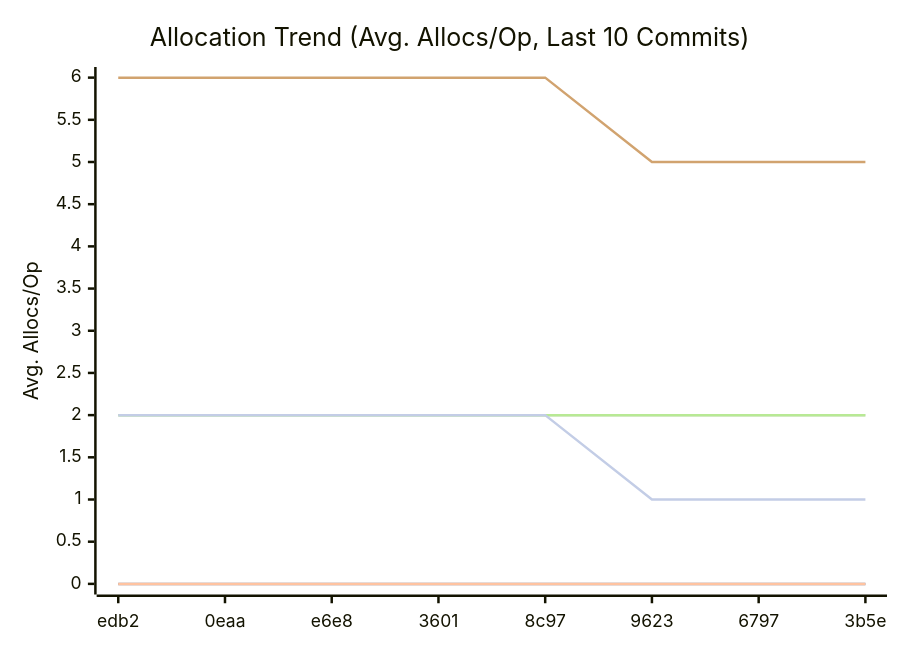
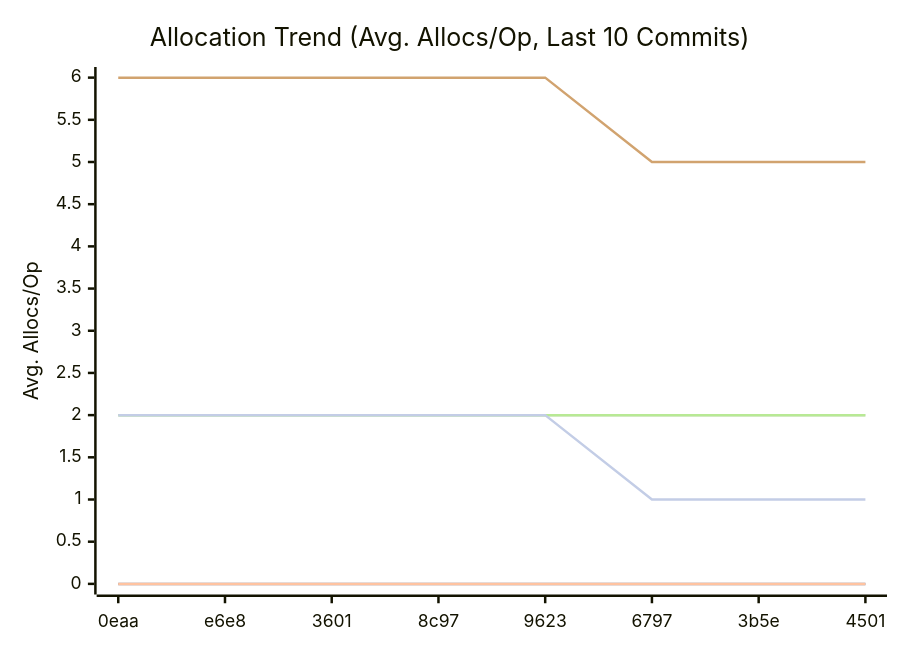
The third of 3 diagrams in docs/README.md (alsotoes/momo), drawn with Mermaid before and after one commit. The commit also changed other lines of this file and 1 other file, not shown here.

````diff
--- a/docs/README.md
+++ b/docs/README.md
@@ -333,14 +333,14 @@
 ```mermaid
 xychart-beta
     title "Allocation Trend (Avg. Allocs/Op, Last 10 Commits)"
     x-axis "Commit"
     y-axis "Avg. Allocs/Op"
-    x-axis [edb2,0eaa,e6e8,3601,8c97,9623,6797,3b5e]
+    x-axis [0eaa,e6e8,3601,8c97,9623,6797,3b5e,4501]
     line "CheckMetricsAndSwap" [0,0,0,0,0,0,0,0,0,0]
     line "IndexDirectTracking" [0,0,0,0,0,0,0,0,0,0]
     line "IndexSearch" [0,0,0,0,0,0,0,0,0,0]
     line "LoadGlobalConfig" [2,2,2,2,2,2,2,2,2,2]
     line "PadString" [2,2,2,2,2,2,2,2,2,2]
     line "ParseReplicationOrder_NoPrealloc" [6,6,6,6,6,5,5,5,5,5]
     line "ParseReplicationOrder_Prealloc" [2,2,2,2,2,1,1,1,1,1]
 ```
````
